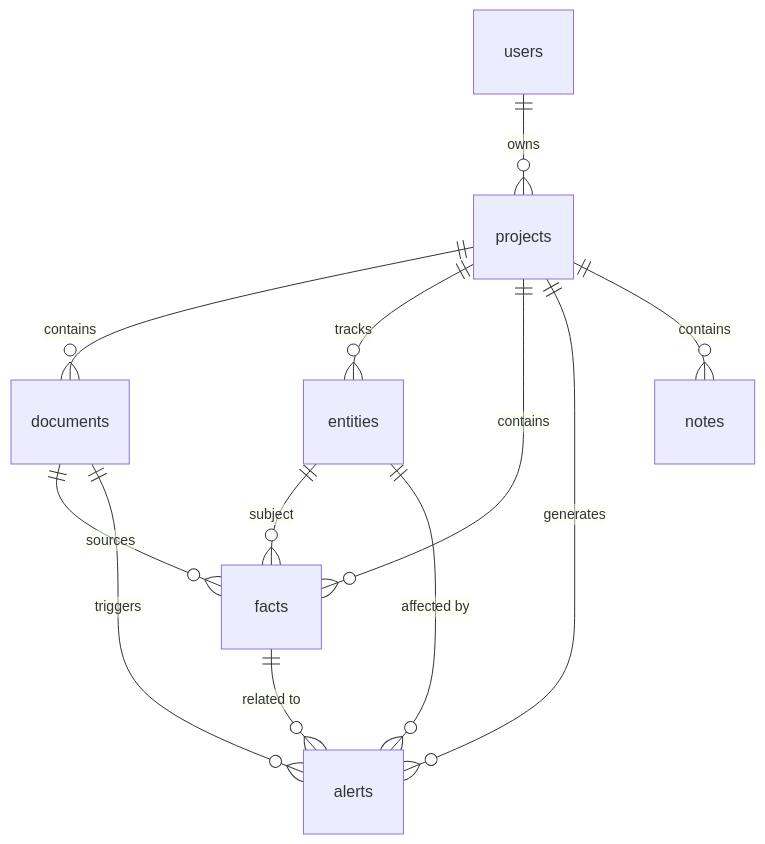
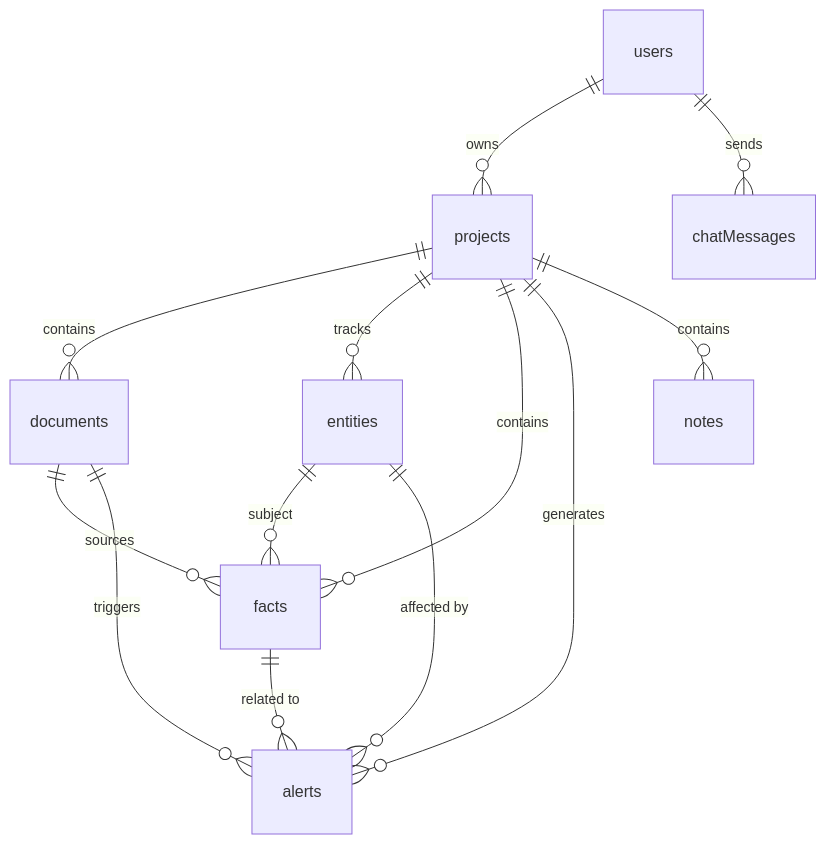
Before and after one commit to aileks/realm-sync: the diagram in docs/SCHEMA.md, drawn with Mermaid. The commit also changed other lines of this file and 5 other files, not shown here.

````diff
--- a/docs/SCHEMA.md
+++ b/docs/SCHEMA.md
@@ -24,14 +24,15 @@
 ```mermaid
 erDiagram
     users ||--o{ projects : owns
+    users ||--o{ chatMessages : sends
     projects ||--o{ documents : contains
     projects ||--o{ entities : tracks
     projects ||--o{ facts : contains
     projects ||--o{ alerts : generates
     projects ||--o{ notes : contains
     documents ||--o{ facts : sources
     documents ||--o{ alerts : triggers
     entities ||--o{ facts : subject
     entities ||--o{ alerts : "affected by"
     facts ||--o{ alerts : "related to"
 ```
````
